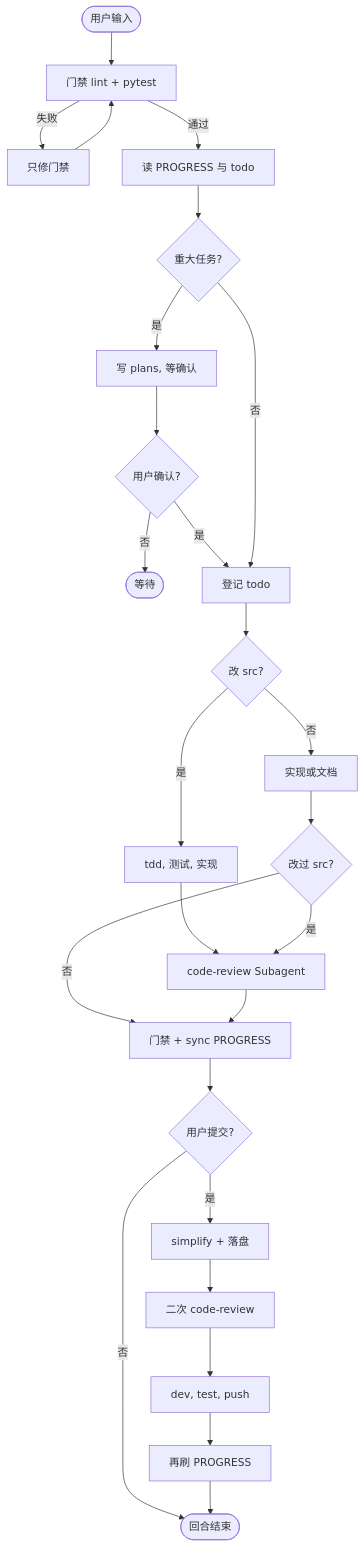
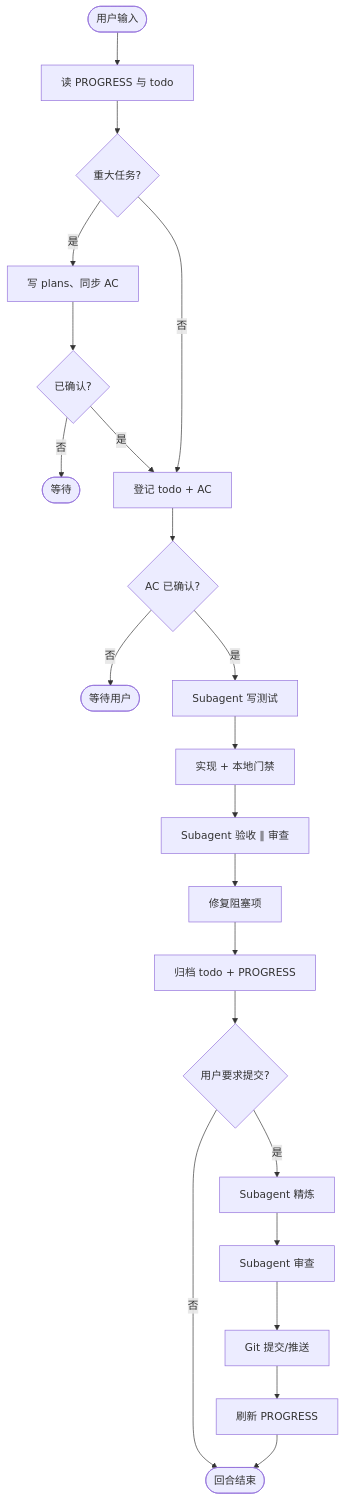
One commit to HYX-LHJ/mini-harness changed the diagram in docs/zh-CN/workflow.md. Above: the diagram before and after it, drawn with Mermaid. The commit also changed other lines of this file and 226 other files, not shown here.

First line of the commit message:
feat!: migrate to mini-harness plugin architecture (v2.0.0)

````diff
--- a/docs/zh-CN/workflow.md
+++ b/docs/zh-CN/workflow.md
@@ -65,28 +75,24 @@
 ```mermaid
 flowchart TD
-    Start(["用户输入"]) --> Gate1["门禁 lint + pytest"]
-    Gate1 -->|失败| FixGate["只修门禁"]
-    FixGate --> Gate1
-    Gate1 -->|通过| Read["读 PROGRESS 与 todo"]
+    Start(["用户输入"]) --> Read["读 PROGRESS 与 todo"]
     Read --> PlanCheck{"重大任务?"}
-    PlanCheck -->|是| Plan["写 plans, 等确认"]
-    Plan --> UserOK{"用户确认?"}
+    PlanCheck -->|是| Plan["写 plans、同步 AC"]
+    Plan --> UserOK{"已确认?"}
     UserOK -->|否| Wait(["等待"])
     UserOK -->|是| Todo
-    PlanCheck -->|否| Todo["登记 todo"]
-    Todo --> SrcCheck{"改 src?"}
-    SrcCheck -->|是| TDD["tdd, 测试, 实现"]
-    SrcCheck -->|否| Impl["实现或文档"]
-    TDD --> Review["code-review Subagent"]
-    Impl --> ReviewCheck{"改过 src?"}
-    ReviewCheck -->|是| Review
-    ReviewCheck -->|否| Gate2
-    Review --> Gate2["门禁 + sync PROGRESS"]
-    Gate2 --> CommitCheck{"用户提交?"}
+    PlanCheck -->|否| Todo["登记 todo + AC"]
+    Todo --> ACCheck{"AC 已确认?"}
+    ACCheck -->|否| WaitAC(["等待用户"])
+    ACCheck -->|是| TDD["Subagent 写测试"]
+    TDD --> Impl["实现 + 本地门禁"]
+    Impl --> Parallel["Subagent 验收 ∥ 审查"]
+    Parallel --> Fix["修复阻塞项"]
+    Fix --> Archive["归档 todo + PROGRESS"]
+    Archive --> CommitCheck{"用户要求提交?"}
     CommitCheck -->|否| End(["回合结束"])
-    CommitCheck -->|是| Simplify["simplify + 落盘"]
-    Simplify --> Review2["二次 code-review"]
-    Review2 --> Git["dev, test, push"]
-    Git --> Sync["再刷 PROGRESS"]
+    CommitCheck -->|是| Simplify["Subagent 精炼"]
+    Simplify --> Review2["Subagent 审查"]
+    Review2 --> Git["Git 提交/推送"]
+    Git --> Sync["刷新 PROGRESS"]
     Sync --> End
 ```
````
